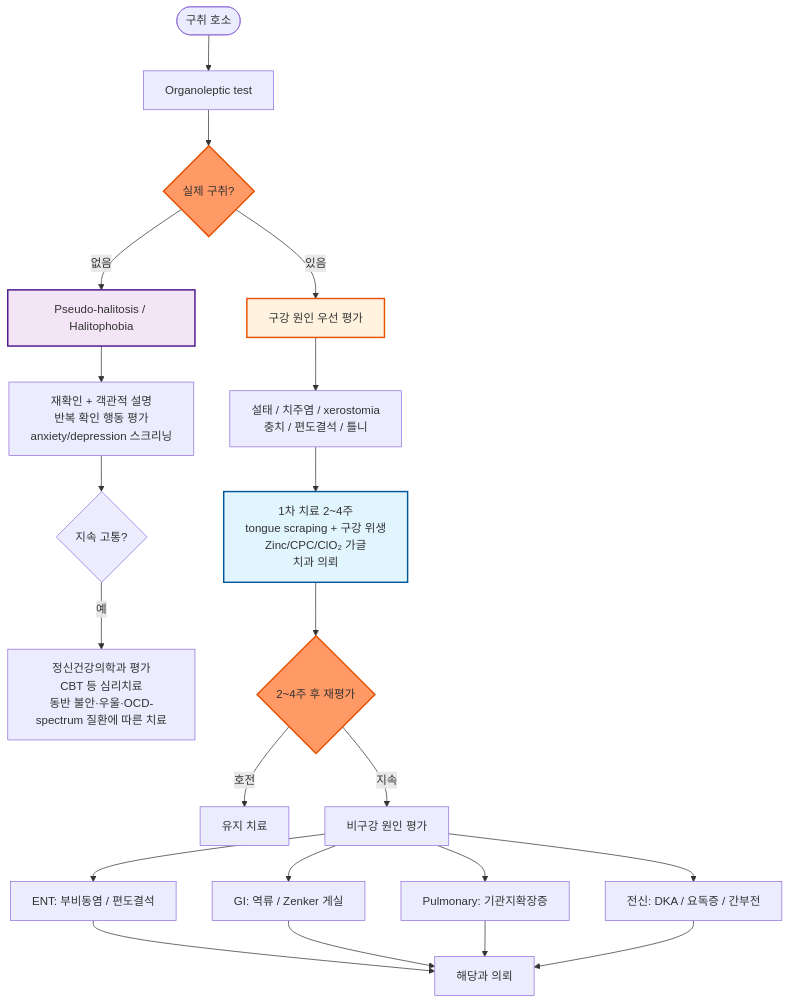
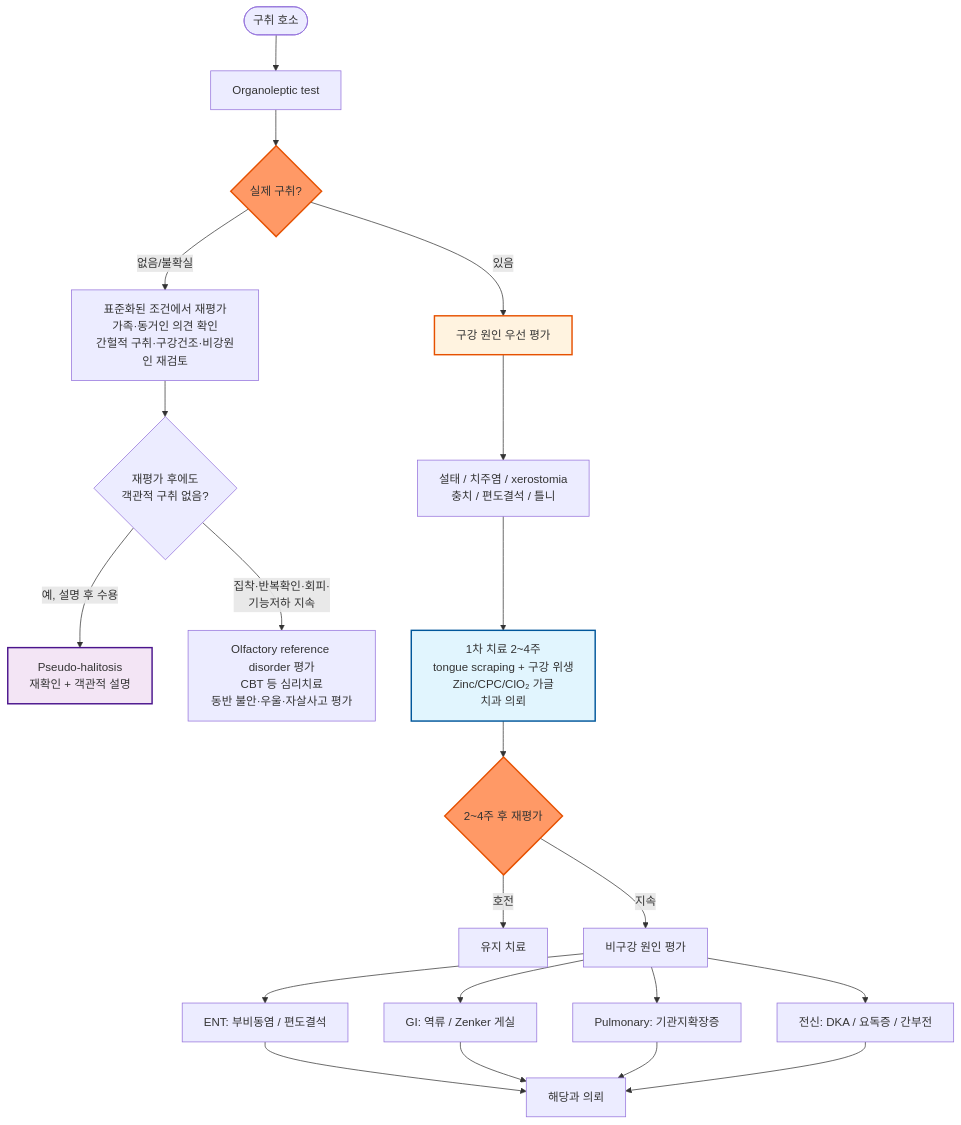
Before and after one commit to familyoh77/familyoh77: the diagram in 220_/004_-halitosis-bad-breath.md, drawn with Mermaid. The commit also changed other lines of this file, not shown here.

````diff
--- a/220_/004_-halitosis-bad-breath.md
+++ b/220_/004_-halitosis-bad-breath.md
@@ -117,29 +133,29 @@
 ```mermaid
 graph TD
     A([구취 호소]) --> B[Organoleptic test]
     B --> C{실제 구취?}
-    C -->|없음| D[Pseudo-halitosis / Halitophobia]
-    D --> E[재확인 + 객관적 설명 <br/>반복 확인 행동 평가<br/>anxiety/depression 스크리닝]
-    E --> F{지속 고통?}
-    F -->|예| G[정신건강의학과 평가<br/>CBT 등 심리치료<br/>동반 불안·우울·OCD-spectrum 질환에 따른 치료]
+    C -->|없음/불확실| D[표준화된 조건에서 재평가<br/>가족·동거인 의견 확인<br/>간헐적 구취·구강건조·비강원인 재검토]
+    D --> D2{재평가 후에도<br/>객관적 구취 없음?}
+    D2 -->|예, 설명 후 수용| D3[Pseudo-halitosis<br/>재확인 + 객관적 설명]
+    D2 -->|집착·반복확인·회피·<br/>기능저하 지속| G[Olfactory reference disorder 평가<br/>CBT 등 심리치료<br/>동반 불안·우울·자살사고 평가]
     C -->|있음| H[구강 원인 우선 평가]
     H --> I[설태 / 치주염 / xerostomia<br/>충치 / 편도결석 / 틀니]
     I --> J[1차 치료 2~4주<br/>tongue scraping + 구강 위생<br/>Zinc/CPC/ClO₂ 가글<br/>치과 의뢰]
     J --> K{2~4주 후 재평가}
     K -->|호전| L[유지 치료]
     K -->|지속| M[비구강 원인 평가]
     M --> N[ENT: 부비동염 / 편도결석]
     M --> O[GI: 역류 / Zenker 게실]
     M --> P[Pulmonary: 기관지확장증]
     M --> Q[전신: DKA / 요독증 / 간부전]
     N --> R[해당과 의뢰]
     O --> R
     P --> R
     Q --> R
 
     style C fill:#f96,stroke:#e65100,stroke-width:2px
     style K fill:#f96,stroke:#e65100,stroke-width:2px
     style J fill:#e1f5fe,stroke:#01579b,stroke-width:2px
-    style D fill:#f3e5f5,stroke:#4a148c,stroke-width:2px
+    style D3 fill:#f3e5f5,stroke:#4a148c,stroke-width:2px
     style H fill:#fff3e0,stroke:#e65100,stroke-width:2px
 ```
````
